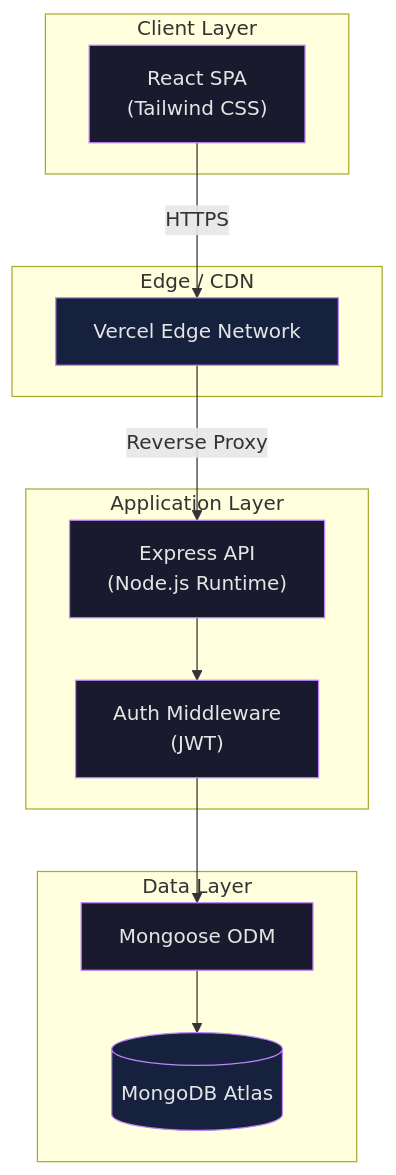
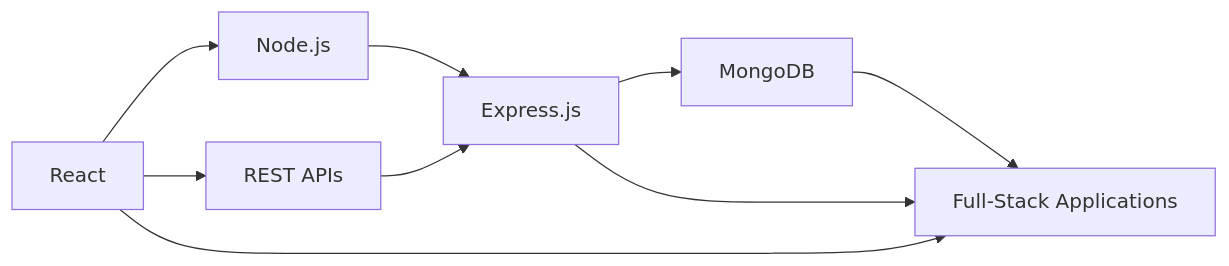
Before and after one commit to Faizan-khan144/Faizan-khan144: the first of 2 diagrams in README.md, drawn with Mermaid. The commit also changed other lines of this file, not shown here.

````diff
--- a/README.md
+++ b/README.md
@@ -345,30 +228,13 @@
 ```mermaid
-flowchart TB
-    subgraph Client["Client Layer"]
-        A["React SPA<br/>(Tailwind CSS)"]
-    end
-    subgraph Edge["Edge / CDN"]
-        B["Vercel Edge Network"]
-    end
-    subgraph Server["Application Layer"]
-        C["Express API<br/>(Node.js Runtime)"]
-        D["Auth Middleware<br/>(JWT)"]
-    end
-    subgraph Data["Data Layer"]
-        E[("MongoDB Atlas")]
-        F["Mongoose ODM"]
-    end
+flowchart LR
+    A["React"] --> B["Node.js"]
+    B --> C["Express.js"]
+    C --> D["MongoDB"]
 
-    A -->|HTTPS| B
-    B -->|Reverse Proxy| C
-    C --> D
-    D --> F
-    F --> E
+    A --> E["REST APIs"]
+    E --> C
 
-    style A fill:#1a1a2e,stroke:#C084FC,color:#e5e5e5
-    style B fill:#16213e,stroke:#C084FC,color:#e5e5e5
-    style C fill:#1a1a2e,stroke:#C084FC,color:#e5e5e5
-    style D fill:#1a1a2e,stroke:#C084FC,color:#e5e5e5
-    style E fill:#16213e,stroke:#C084FC,color:#e5e5e5
-    style F fill:#1a1a2e,stroke:#C084FC,color:#e5e5e5
+    D --> F["Full-Stack Applications"]
+    C --> F
+    A --> F
 ```
````
